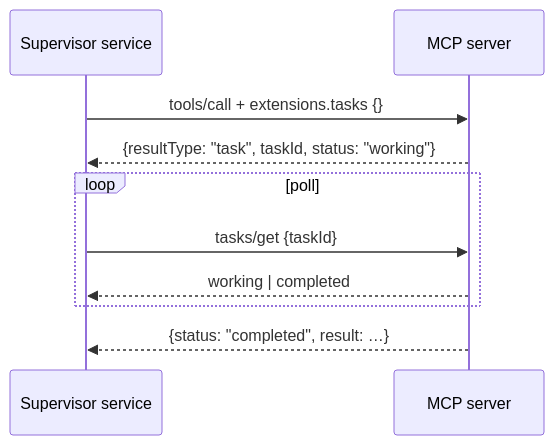
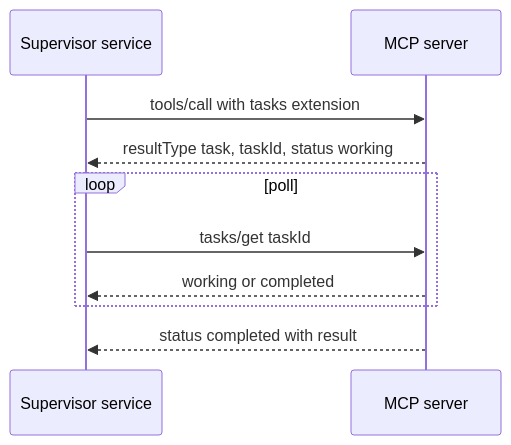
One commit to modelcontextprotocol/agents-wg changed the third of 3 diagrams in docs/research/deep_agent_mcp_analysis.md. Above: the diagram before and after it, drawn with Mermaid. The commit also changed other lines of this file, not shown here.

Commit message:
Refactor sequence diagrams for clarity and consistency

````diff
--- a/docs/research/deep_agent_mcp_analysis.md
+++ b/docs/research/deep_agent_mcp_analysis.md
@@ -142,13 +142,13 @@
 ```mermaid
 sequenceDiagram
     participant App as Supervisor service
     participant MCP as MCP server
 
-    App->>MCP: tools/call + extensions.tasks {}
-    MCP-->>App: {resultType: "task", taskId, status: "working"}
+    App->>MCP: tools/call with tasks extension
+    MCP-->>App: resultType task, taskId, status working
     loop poll
-        App->>MCP: tasks/get {taskId}
-        MCP-->>App: working | completed
+        App->>MCP: tasks/get taskId
+        MCP-->>App: working or completed
     end
-    MCP-->>App: {status: "completed", result: …}
+    MCP-->>App: status completed with result
 ```
````
